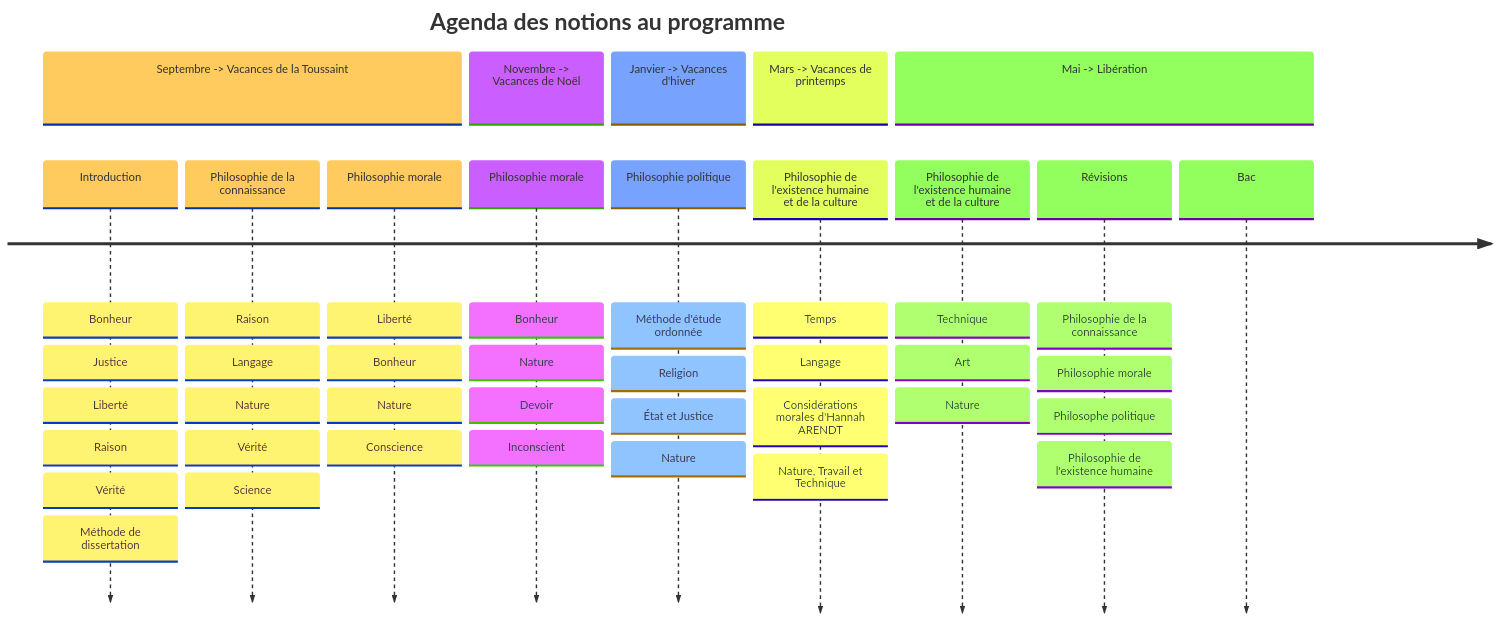
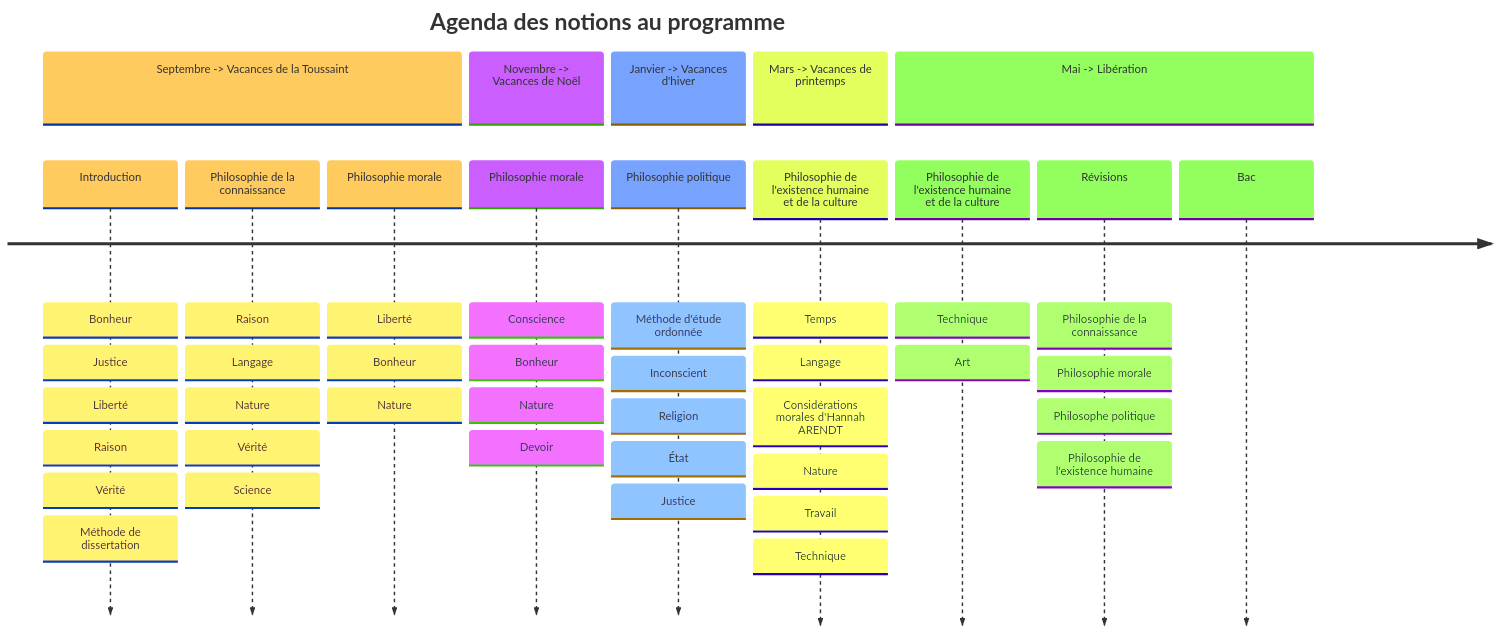
Before and after one commit to IpadDilectio/Mairmaid: the diagram in AgendaNotions.mmd, drawn with Mermaid.

Commit message:
Mise à jour en tenant compte de l'avancée réelle de 2025-2026

```diff
--- a/AgendaNotions.mmd
+++ b/AgendaNotions.mmd
@@ -1,22 +1,22 @@
 ---
 config:
   theme: base
   themeVariables:
     fontFamily: verdana
 ---
 timeline
     title Agenda des notions au programme
     section Septembre -> Vacances de la Toussaint
         Introduction : Bonheur : Justice : Liberté : Raison : Vérité : Méthode de dissertation
         Philosophie de la connaissance : Raison : Langage : Nature : Vérité : Science
-        Philosophie morale : Liberté : Bonheur : Nature : Conscience
+        Philosophie morale : Liberté : Bonheur : Nature
     section Novembre -> Vacances de Noël
-        Philosophie morale : Bonheur : Nature : Devoir : Inconscient
+        Philosophie morale : Conscience : Bonheur : Nature : Devoir
     section Janvier -> Vacances d'hiver
-        Philosophie politique : Méthode d'étude ordonnée : Religion : État et Justice : Nature 
+        Philosophie politique : Méthode d'étude ordonnée : Inconscient : Religion : État : Justice 
     section Mars -> Vacances de printemps
-        Philosophie de l'existence humaine et de la culture : Temps : Langage : Considérations morales d'Hannah ARENDT : Nature, Travail et Technique
+        Philosophie de l'existence humaine et de la culture : Temps : Langage : Considérations morales d'Hannah ARENDT : Nature : Travail : Technique
     section Mai -> Libération
-        Philosophie de l'existence humaine et de la culture : Technique : Art : Nature
+        Philosophie de l'existence humaine et de la culture : Technique : Art
         Révisions : Philosophie de la connaissance : Philosophie morale : Philosophe politique : Philosophie de l'existence humaine
         Bac
```
